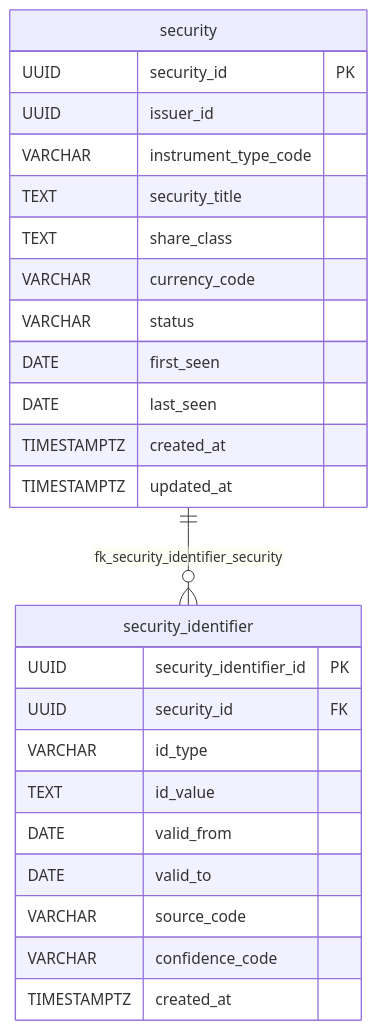
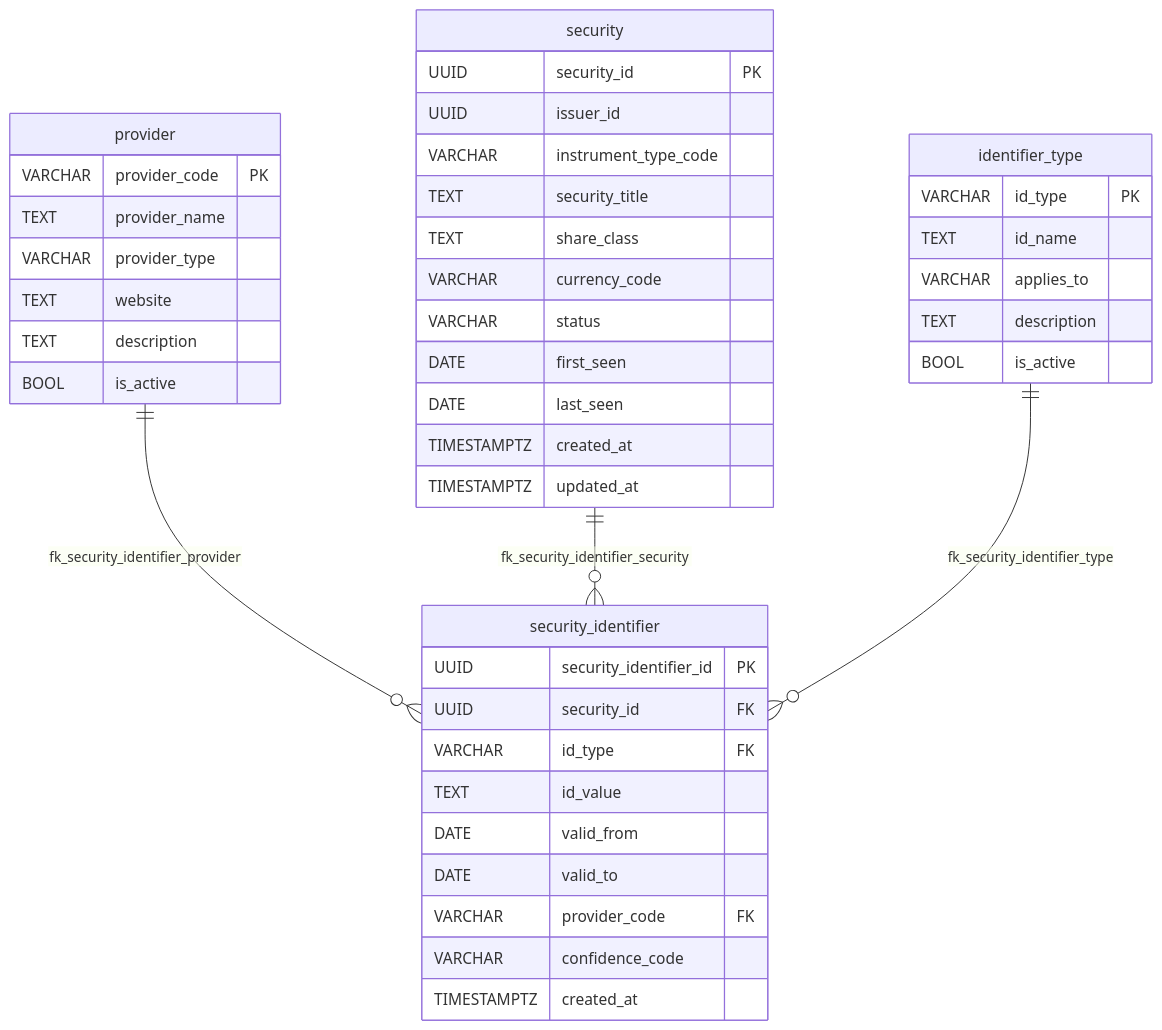
The diagram in docs/db/stonks/generated/erd-groups/security-identity.md (cmhettinger/empire), drawn with Mermaid before and after one commit. The commit also changed 79 other files, not shown here.

````diff
--- a/docs/db/stonks/generated/erd-groups/security-identity.md
+++ b/docs/db/stonks/generated/erd-groups/security-identity.md
@@ -1,30 +1,49 @@
 ```mermaid
 erDiagram
+  identifier_type {
+    VARCHAR id_type PK
+    TEXT id_name
+    VARCHAR applies_to
+    TEXT description
+    BOOL is_active
+  }
+
+  provider {
+    VARCHAR provider_code PK
+    TEXT provider_name
+    VARCHAR provider_type
+    TEXT website
+    TEXT description
+    BOOL is_active
+  }
+
   security {
     UUID security_id PK
     UUID issuer_id
     VARCHAR instrument_type_code
     TEXT security_title
     TEXT share_class
     VARCHAR currency_code
     VARCHAR status
     DATE first_seen
     DATE last_seen
     TIMESTAMPTZ created_at
     TIMESTAMPTZ updated_at
   }
 
   security_identifier {
     UUID security_identifier_id PK
     UUID security_id FK
-    VARCHAR id_type
+    VARCHAR id_type FK
     TEXT id_value
     DATE valid_from
     DATE valid_to
-    VARCHAR source_code
+    VARCHAR provider_code FK
     VARCHAR confidence_code
     TIMESTAMPTZ created_at
   }
 
+  provider ||--o{ security_identifier : "fk_security_identifier_provider"
   security ||--o{ security_identifier : "fk_security_identifier_security"
+  identifier_type ||--o{ security_identifier : "fk_security_identifier_type"
 ```
````
